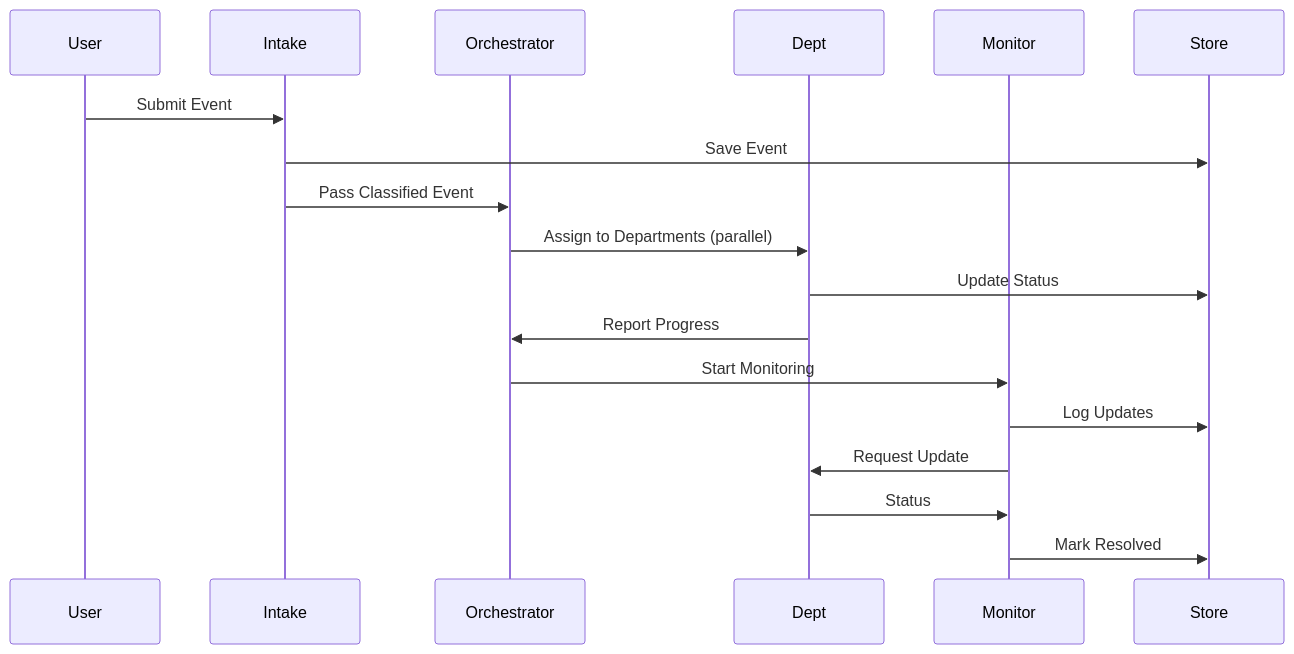
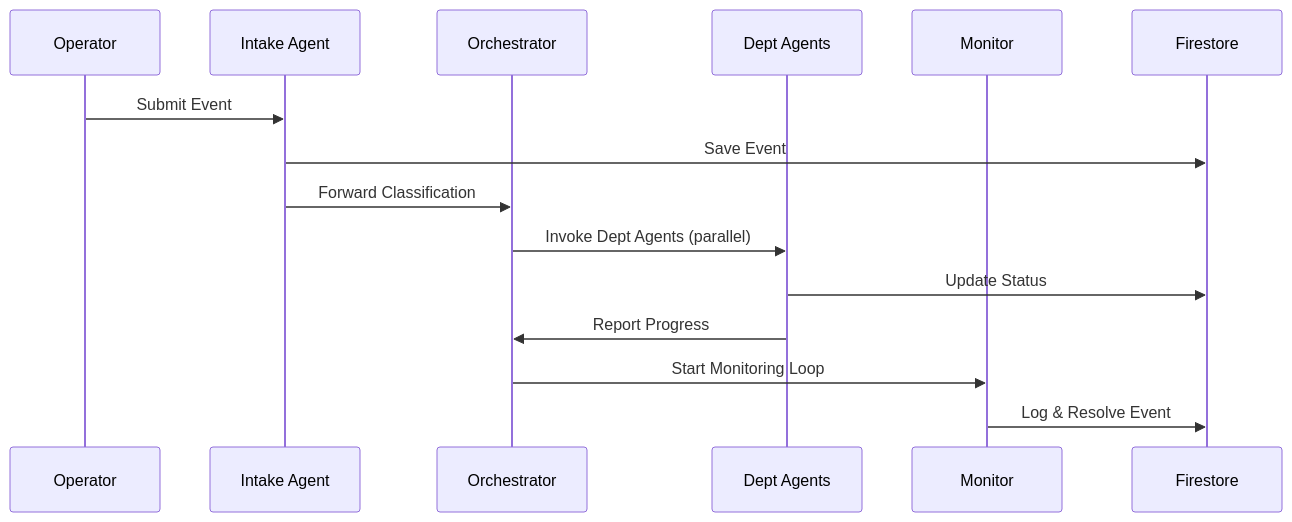
One commit to TAARUNRAJ07/Mini-ICCC-CapstoneProject changed the second of 2 diagrams in README.md. Above: the diagram before and after it, drawn with Mermaid. The commit also changed other lines of this file, not shown here.

````diff
--- a/README.md
+++ b/README.md
@@ -195,25 +177,18 @@
 ```mermaid
 sequenceDiagram
-    participant User
-    participant Intake
-    participant Orchestrator
-    participant Dept
-    participant Monitor
-    participant Store
+    participant U as Operator
+    participant I as Intake Agent
+    participant O as Orchestrator
+    participant D as Dept Agents
+    participant M as Monitor
+    participant DB as Firestore
 
-    User->>Intake: Submit Event
-    Intake->>Store: Save Event
-    Intake->>Orchestrator: Pass Classified Event
-
-    Orchestrator->>Dept: Assign to Departments (parallel)
-    Dept->>Store: Update Status
-    Dept->>Orchestrator: Report Progress
-
-    Orchestrator->>Monitor: Start Monitoring
-    Monitor->>Store: Log Updates
-
-    Monitor->>Dept: Request Update
-    Dept->>Monitor: Status
-
-    Monitor->>Store: Mark Resolved
+    U->>I: Submit Event
+    I->>DB: Save Event
+    I->>O: Forward Classification
+    O->>D: Invoke Dept Agents (parallel)
+    D->>DB: Update Status
+    D->>O: Report Progress
+    O->>M: Start Monitoring Loop
+    M->>DB: Log & Resolve Event
 ```
````
